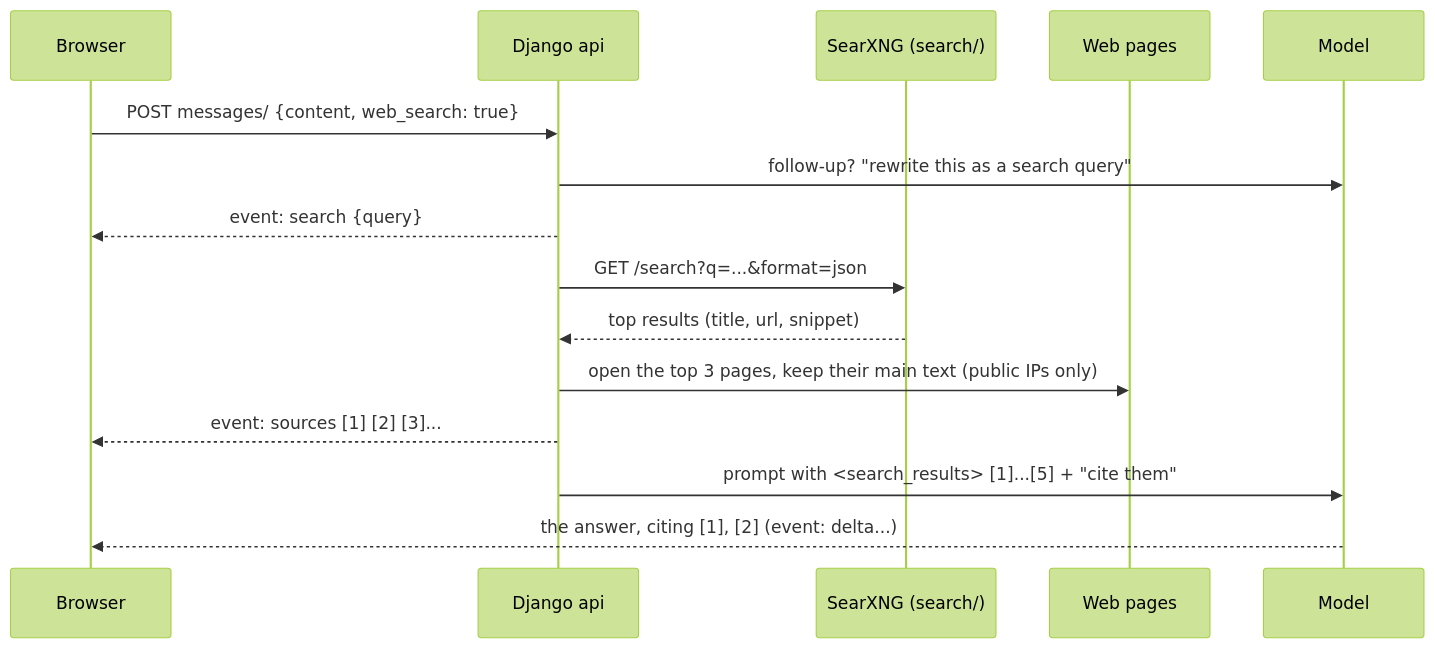
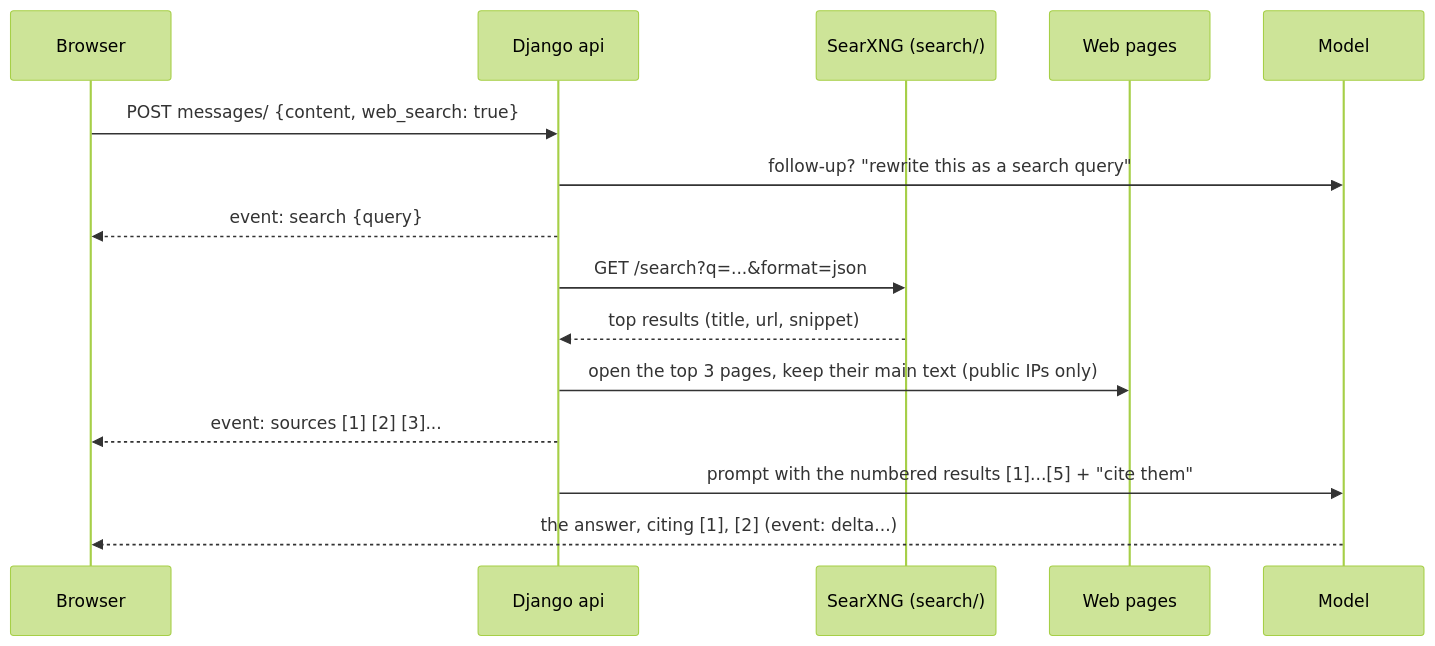
The third of 5 diagrams in docs/architecture.md (codewithmuh/private-llm-chat-sagemaker-aws), drawn with Mermaid (forest theme) before and after one commit. The commit also changed 5 other files, not shown here.

````diff
--- a/docs/architecture.md
+++ b/docs/architecture.md
@@ -86,18 +86,18 @@
 ```mermaid
 sequenceDiagram
     participant B as Browser
     participant A as Django api
     participant S as SearXNG (search/)
     participant W as Web pages
     participant M as Model
 
     B->>A: POST messages/ {content, web_search: true}
     A->>M: follow-up? "rewrite this as a search query"
     A-->>B: event: search {query}
     A->>S: GET /search?q=...&format=json
     S-->>A: top results (title, url, snippet)
     A->>W: open the top 3 pages, keep their main text (public IPs only)
     A-->>B: event: sources [1] [2] [3]...
-    A->>M: prompt with <search_results> [1]...[5] + "cite them"
+    A->>M: prompt with the numbered results [1]...[5] + "cite them"
     M-->>B: the answer, citing [1], [2] (event: delta...)
 ```
````
